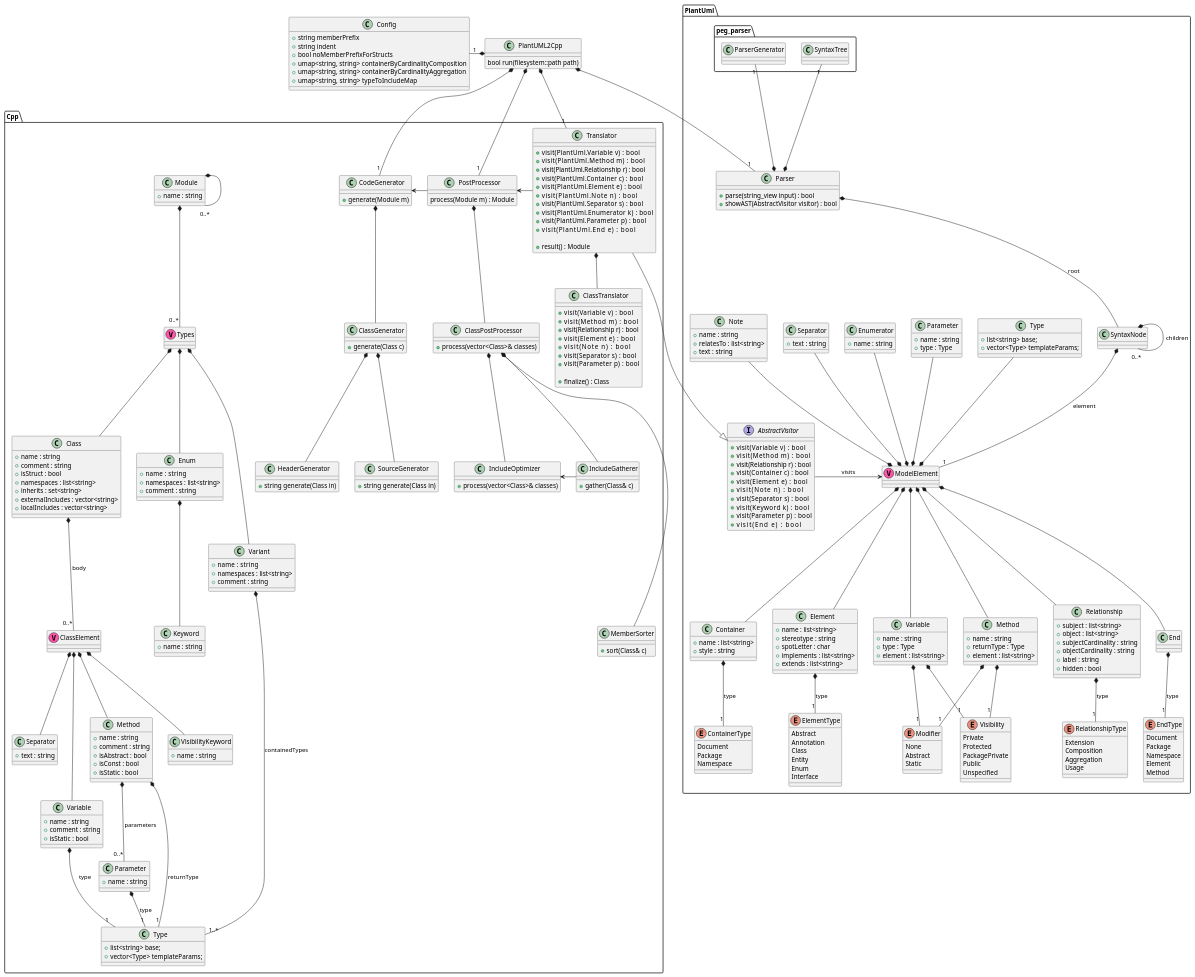
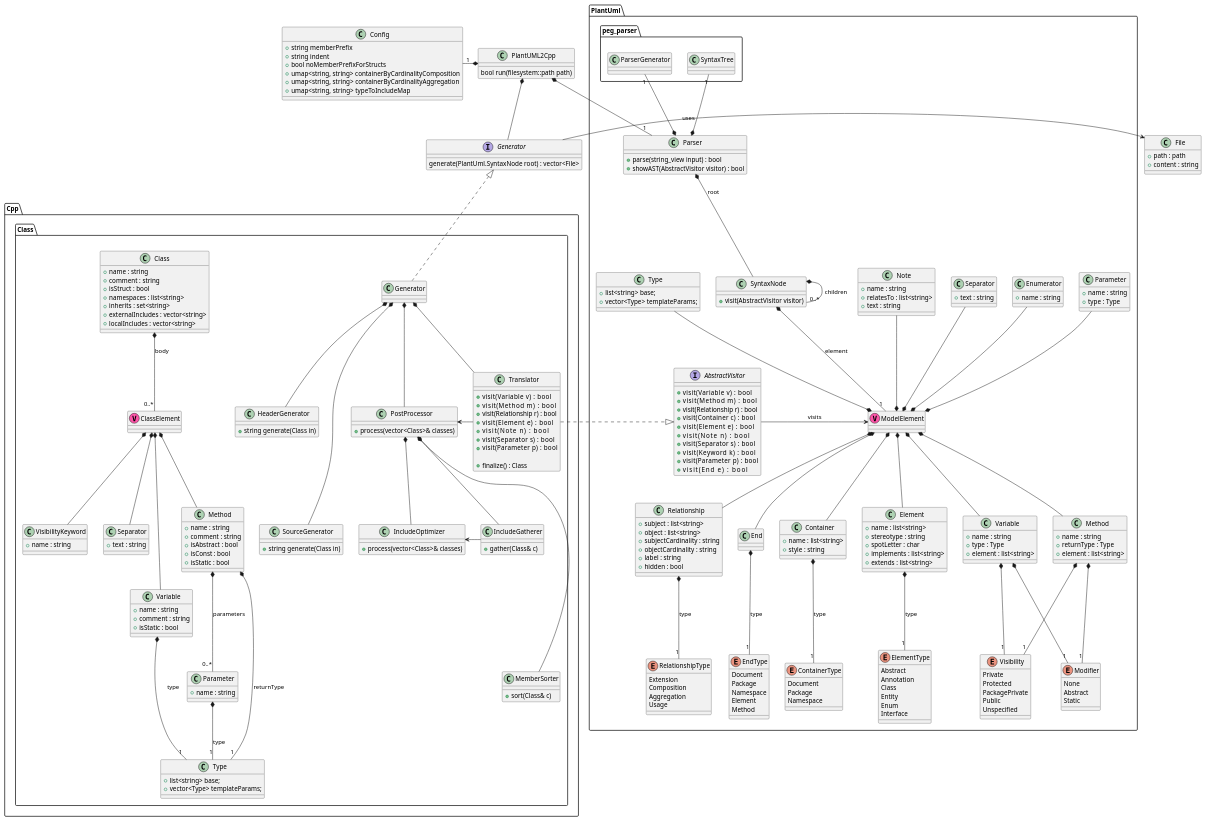
Before and after one commit to jteuber/PlantUML2Cpp: the diagram in models/PlantUML2Cpp.puml, drawn with PlantUML.

Commit message:
Update model and move to interface encapsulating the pipelines ("Generators").

```diff
--- a/models/PlantUML2Cpp.puml
+++ b/models/PlantUML2Cpp.puml
@@ -17,10 +17,18 @@
 }
 
 PlantUML2Cpp *-- "1" PlantUml.Parser
-PlantUML2Cpp *-- "1" Cpp.Translator
-PlantUML2Cpp *-- "1" Cpp.PostProcessor
-PlantUML2Cpp *-- "1" Cpp.CodeGenerator
+PlantUML2Cpp *-- Generator
 PlantUML2Cpp *-left- "1" Config
+
+class File {
+    +path : path
+    +content : string
+}
+
+interface Generator {
+    generate(PlantUml.SyntaxNode root) : vector<File>
+}
+Generator -> File : uses
 
 namespace PlantUml {
 
@@ -136,7 +144,9 @@
         Method
     }
 
-    class SyntaxNode
+    class SyntaxNode {
+        +visit(AbstractVisitor visitor)
+    }
 
     Parser *-- SyntaxNode : root
 
@@ -164,7 +174,7 @@
     End *-- "1" EndType : type
     Relationship *-- "1" RelationshipType : type
 
-    AbstractVisitor -left-> ModelElement : visits
+    AbstractVisitor -right-> ModelElement : visits
 
     Parser *-up- "1" peg_parser.SyntaxTree
     Parser *-up- "1" peg_parser.ParserGenerator
@@ -174,172 +184,130 @@
 
 namespace Cpp {
 
+    namespace Class {
+        ' *************** ALGORITHMS ***************
+        class PostProcessor {
+            +process(vector<Class>& classes)
+        }
 
-    ' *************** DATA ***************
+        class IncludeGatherer {
+            +gather(Class& c)
+        }
+        class IncludeOptimizer {
+            +process(vector<Class>& classes)
+        }
+        class MemberSorter {
+            +sort(Class& c)
+        }
 
-    class Class {
-        +name : string
-        +comment : string
-        +isStruct : bool
-        +namespaces : list<string>
-        +inherits : set<string>
-        +externalIncludes : vector<string>
-        +localIncludes : vector<string>
-    }
-    class ClassElement << (V,#FF55AA) >>
-    class VisibilityKeyword {
-        +name : string
-    }
-    class Separator {
-        +text : string
-    }
-    class Variable {
-        +name : string
-        +comment : string
-        +isStatic : bool
-    }
-    class Method {
-        +name : string
-        +comment : string
-        +isAbstract : bool
-        +isConst : bool
-        +isStatic : bool
-    }
-    class Parameter {
-        +name : string
-    }
-    class Type
-    {
-        +list<string> base;
-        +vector<Type> templateParams;
+        PostProcessor *-- IncludeGatherer
+        PostProcessor *-- IncludeOptimizer
+        PostProcessor *--- MemberSorter
+        IncludeOptimizer <- IncludeGatherer
+
+
+        class HeaderGenerator {
+            +string generate(Class in)
+        }
+
+        class SourceGenerator {
+            +string generate(Class in)
+        }
+
+        Translator -left-> PostProcessor
+
+        class Generator implements .Generator {
+        }
+        Generator *-- Translator
+        Generator *-- PostProcessor
+        Generator *-- HeaderGenerator
+        Generator *--- SourceGenerator
+        
+        class Translator {
+            +visit(Variable v)     : bool
+            +visit(Method m)       : bool
+            +visit(Relationship r) : bool
+            +visit(Element e)      : bool
+            +visit(Note n)         : bool
+            +visit(Separator s)    : bool
+            +visit(Parameter p)    : bool
+
+            +finalize() : Class
+        }
+        Translator .|> PlantUml.AbstractVisitor
+
+        ' *************** DATA ***************
+        class Class {
+            +name : string
+            +comment : string
+            +isStruct : bool
+            +namespaces : list<string>
+            +inherits : set<string>
+            +externalIncludes : vector<string>
+            +localIncludes : vector<string>
+        }
+        class ClassElement << (V,#FF55AA) >>
+        class VisibilityKeyword {
+            +name : string
+        }
+        class Separator {
+            +text : string
+        }
+        class Variable {
+            +name : string
+            +comment : string
+            +isStatic : bool
+        }
+        class Method {
+            +name : string
+            +comment : string
+            +isAbstract : bool
+            +isConst : bool
+            +isStatic : bool
+        }
+        class Parameter {
+            +name : string
+        }
+        class Type
+        {
+            +list<string> base;
+            +vector<Type> templateParams;
+        }
+
+        Method *-- "1" Type : returnType
+        Parameter *-- "1" Type : type
+        Variable *-- "1" Type : type
+
+
+        Class *-- "0..*" ClassElement : body
+        ClassElement *-- Method
+        ClassElement *-- Variable
+        ClassElement *-- VisibilityKeyword
+        ClassElement *-- Separator
+        Method *-- "0..*" Parameter : parameters
+
+
+        ' class Enum {
+        '     +name  : string
+        '     +namespaces : list<string>
+        '     +comment : string
+        ' }
+        ' class Keyword {
+        '     +name : string
+        ' }
+
+        ' Enum *-- Keyword
+
+
+        ' class Variant {
+        '     +name  : string
+        '     +namespaces : list<string>
+        '     +comment : string
+        ' }
+
+        ' Variant *-- "1..*" Type : containedTypes
     }
 
-    Method *-- "1" Type : returnType
-    Parameter *-- "1" Type : type
-    Variable *-- "1" Type : type
-
-
-    Class *-- "0..*" ClassElement : body
-    ClassElement *-- Method
-    ClassElement *-- Variable
-    ClassElement *-- VisibilityKeyword
-    ClassElement *-- Separator
-    Method *-- "0..*" Parameter : parameters
-
-
-    class Enum {
-        +name  : string
-        +namespaces : list<string>
-        +comment : string
-    }
-    class Keyword {
-        +name : string
-    }
-
-    Enum *-- Keyword
-
-
-    class Variant {
-        +name  : string
-        +namespaces : list<string>
-        +comment : string
-    }
-
-    Variant *-- "1..*" Type : containedTypes
-
-
-    class Types << (V,#FF55AA) >>
-    Types *-- Class
-    Types *-- Enum
-    Types *-- Variant
-
-
-    class Module {
-        +name : string
-    }
-    Module *-- "0..*" Module
-    Module *-- "0..*" Types
-
-
-    ' *************** ALGORITHMS ***************
-    class ClassTranslator {
-        +visit(Variable v)     : bool
-        +visit(Method m)       : bool
-        +visit(Relationship r) : bool
-        +visit(Element e)      : bool
-        +visit(Note n)         : bool
-        +visit(Separator s)    : bool
-        +visit(Parameter p)    : bool
-
-        +finalize() : Class
-    }
-
-    class ClassPostProcessor {
-        +process(vector<Class>& classes)
-    }
-
-    class IncludeGatherer {
-        +gather(Class& c)
-    }
-    class IncludeOptimizer {
-        +process(vector<Class>& classes)
-    }
-    class MemberSorter {
-        +sort(Class& c)
-    }
-
-    ClassPostProcessor *-- IncludeGatherer
-    ClassPostProcessor *-- IncludeOptimizer
-    ClassPostProcessor *--- MemberSorter
-    IncludeOptimizer <- IncludeGatherer
-
-    class ClassGenerator {
-        +generate(Class c)
-    }
-
-    class HeaderGenerator {
-        +string generate(Class in)
-    }
-
-    class SourceGenerator {
-        +string generate(Class in)
-    }
-
-    ClassGenerator *-- HeaderGenerator
-    ClassGenerator *-- SourceGenerator
-
-
-
-    class Translator {
-        +visit(PlantUml.Variable v)     : bool
-        +visit(PlantUml.Method m)       : bool
-        +visit(PlantUml.Relationship r) : bool
-        +visit(PlantUml.Container c)    : bool
-        +visit(PlantUml.Element e)      : bool
-        +visit(PlantUml.Note n)         : bool
-        +visit(PlantUml.Separator s)    : bool
-        +visit(PlantUml.Enumerator k)      : bool
-        +visit(PlantUml.Parameter p)    : bool
-        +visit(PlantUml.End e)          : bool
-
-        +result() : Module
-    }
-    Translator --|> PlantUml.AbstractVisitor
-    Translator *-- ClassTranslator
-
-    class PostProcessor {
-        process(Module m) : Module
-    }
-    PostProcessor *-- ClassPostProcessor
-
-    class CodeGenerator {
-        +generate(Module m)
-    }
-    CodeGenerator *-- ClassGenerator
-
-
-    PostProcessor <- Translator
-    CodeGenerator <- PostProcessor
 }
 
 @enduml
```
